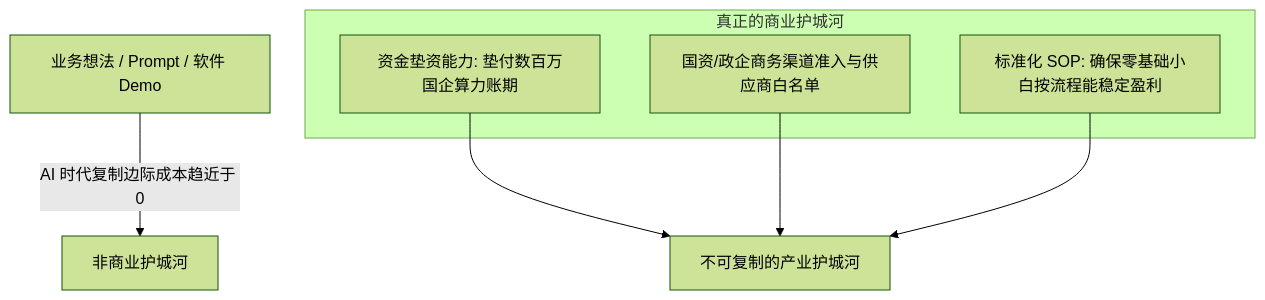
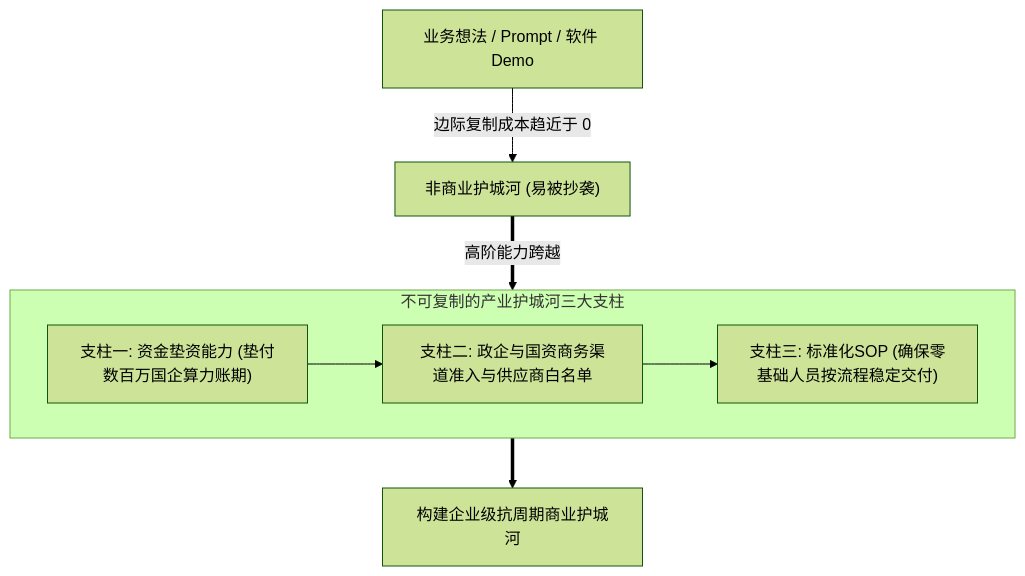
The second of 2 diagrams in content/live-20261005-night.md (dollarser/knowledge), drawn with Mermaid (forest theme) before and after one commit. The commit also changed 10 other files, not shown here.

Commit message:
style: verticalize all mermaid diagrams and add mindmap architecture

````diff
--- a/content/live-20261005-night.md
+++ b/content/live-20261005-night.md
@@ -53,12 +53,14 @@
 ```mermaid
 flowchart TD
-    Idea[业务想法 / Prompt / 软件 Demo] -->|AI 时代复制边际成本趋近于 0| NoMoat[非商业护城河]
-    subgraph 真正的商业护城河
-        F1[资金垫资能力: 垫付数百万国企算力账期]
-        F2[国资/政企商务渠道准入与供应商白名单]
-        F3[标准化 SOP: 确保零基础小白按流程能稳定盈利]
+    Idea["业务想法 / Prompt / 软件 Demo"] -->|边际复制成本趋近于 0| NoMoat["非商业护城河 (易被抄袭)"]
+    
+    subgraph MoatAssets["不可复制的产业护城河三大支柱"]
+        F1["支柱一: 资金垫资能力 (垫付数百万国企算力账期)"]
+        F2["支柱二: 政企与国资商务渠道准入与供应商白名单"]
+        F3["支柱三: 标准化SOP (确保零基础人员按流程稳定交付)"]
+        F1 --> F2 --> F3
     end
-    F1 --> Moat[不可复制的产业护城河]
-    F2 --> Moat
-    F3 --> Moat
+    
+    NoMoat ==>|高阶能力跨越| MoatAssets
+    MoatAssets ==> RealMoat["构建企业级抗周期商业护城河"]
 ```
````
